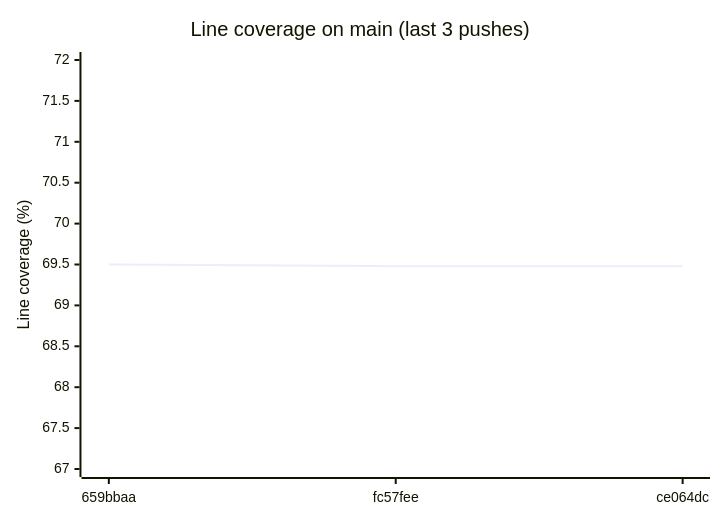
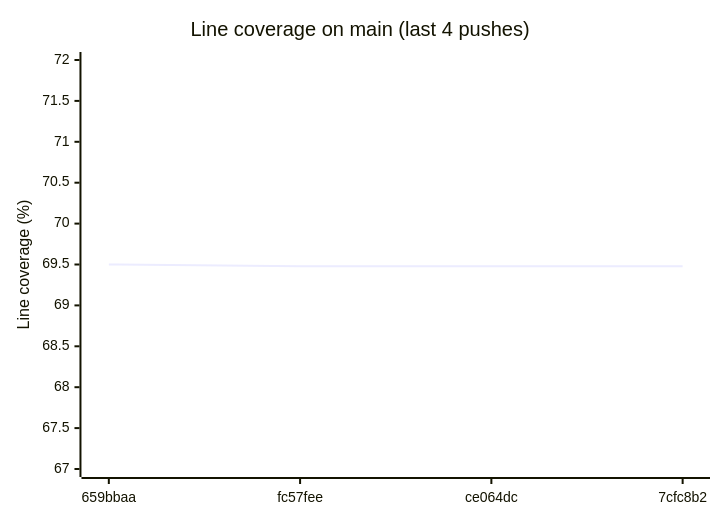
One commit to enaweg/godot-epluginframework changed the diagram in README.md. Above: the diagram before and after it, drawn with Mermaid. The commit also changed other lines of this file and 2 other files, not shown here.

Commit message:
chore: record coverage of 7cfc8b2

````diff
--- a/README.md
+++ b/README.md
@@ -9,7 +9,7 @@
 ```mermaid
 xychart-beta
-    title "Line coverage on main (last 3 pushes)"
-    x-axis ["659bbaa", "fc57fee", "ce064dc"]
+    title "Line coverage on main (last 4 pushes)"
+    x-axis ["659bbaa", "fc57fee", "ce064dc", "7cfc8b2"]
     y-axis "Line coverage (%)" 67 --> 72
-    line [69.50, 69.48, 69.48]
+    line [69.50, 69.48, 69.48, 69.48]
 ```
````
